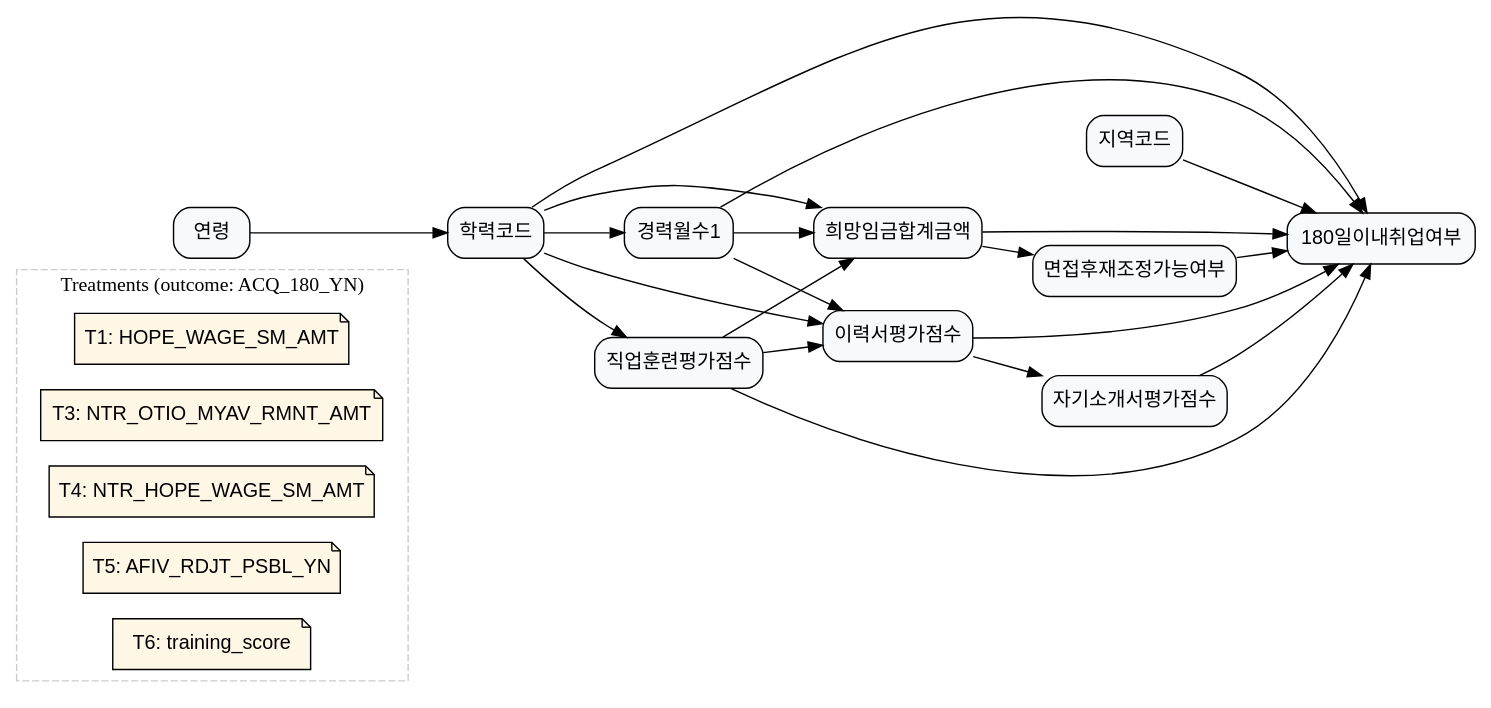
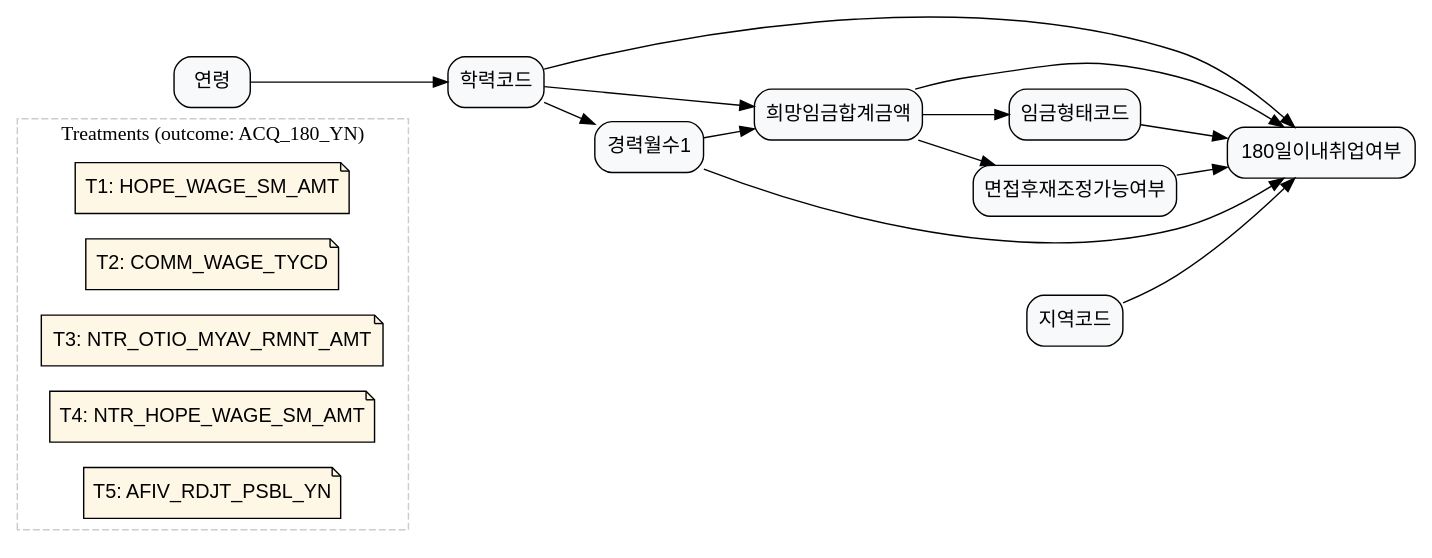
The diagram in laborlab_2/data/graph_data/graph_4.dot (KU-LIM-Lab/dowhy-deep), drawn with Graphviz before and after one commit.

Commit message:
graph 4 updated

```diff
--- a/laborlab_2/data/graph_data/graph_4.dot
+++ b/laborlab_2/data/graph_data/graph_4.dot
@@ -1,78 +1,69 @@
 digraph G {
 	graph [rankdir=LR];
 	node [fillcolor="#F8F9FB",
-	fontname=Helvetica,
-	shape=box,
-	style="rounded,filled"
+		fontname=Helvetica,
+		shape=box,
+		style="rounded,filled"
 	];
 	subgraph cluster_treatments {
-	graph [color="#CCCCCC",
-	label="Treatments (outcome: ACQ_180_YN)",
-	style=dashed
-	];
-	node [fillcolor="#FFF7E6",
-	fontname=Helvetica,
-	shape=note,
-	style="rounded,filled"
-	];
-	T1	[label="T1: HOPE_WAGE_SM_AMT",
-	role=treatment_meta,
-	treatment_def="희망임금 수준 차이의 효과",
-	treatment_name=HOPE_WAGE_SM_AMT,
-	treatment_question="희망임금이 높은 사람과 낮은 사람의 6개월 내 취업 확률 차이?",
-	treatment_var=HOPE_WAGE_SM_AMT];
-	T3	[label="T3: NTR_OTIO_MYAV_RMNT_AMT",
-	role=treatment_meta,
-	treatment_def="직종×지역 중앙입직임금 수준 차이의 효과",
-	treatment_name=NTR_OTIO_MYAV_RMNT_AMT,
-	treatment_question="중앙 입직임금이 높은 환경과 낮은 환경의 구직자 6개월 내 취업 확률 차이?",
-	treatment_var=NTR_OTIO_MYAV_RMNT_AMT];
-	T4	[label="T4: NTR_HOPE_WAGE_SM_AMT",
-	role=treatment_meta,
-	treatment_def="직종×지역 중앙희망임금 수준 차이의 효과",
-	treatment_name=NTR_HOPE_WAGE_SM_AMT,
-	treatment_question="주변 구직자들의 중앙 희망임금이 높은 환경과 낮은 환경에서의 6개월 내 취업 확률 차이?",
-	treatment_var=NTR_HOPE_WAGE_SM_AMT];
-	T5	[label="T5: AFIV_RDJT_PSBL_YN",
-	role=treatment_meta,
-	treatment_def="면접후재조정가능여부 차이의 효과",
-	treatment_name=AFIV_RDJT_PSBL_YN,
-	treatment_question="임금 재조정이 가능하다고 응답한 사람과 불가능하다고 응답한 사람의 6개월 내 취업 확률 차이?",
-	treatment_var=AFIV_RDJT_PSBL_YN];
-	T6	[label="T6: training_score",
-	role=treatment_meta,
-	treatment_def="직업훈련평가점수 수준 차이의 효과",
-	treatment_name=training_score,
-	treatment_question="직업훈련 평가 점수가 높은 사람과 낮은 사람의 6개월 내 취업 확률 차이?",
-	treatment_var=training_score];
-}
+		graph [color="#CCCCCC",
+			label="Treatments (outcome: ACQ_180_YN)",
+			style=dashed
+		];
+		node [fillcolor="#FFF7E6",
+			fontname=Helvetica,
+			shape=note,
+			style="rounded,filled"
+		];
+		T1	[label="T1: HOPE_WAGE_SM_AMT",
+			role=treatment_meta,
+			treatment_def="희망임금 수준 차이의 효과",
+			treatment_name=HOPE_WAGE_SM_AMT,
+			treatment_question="희망임금이 높은 사람과 낮은 사람의 6개월 내 취업 확률 차이?",
+			treatment_var=HOPE_WAGE_SM_AMT];
+		T2	[label="T2: COMM_WAGE_TYCD",
+			role=treatment_meta,
+			treatment_def="임금형태코드 차이의 효과",
+			treatment_name=COMM_WAGE_TYCD,
+			treatment_question="임금형태(월급/시급 등)가 다른 구직자 간 6개월 내 취업 확률 차이?",
+			treatment_var=COMM_WAGE_TYCD];
+		T3	[label="T3: NTR_OTIO_MYAV_RMNT_AMT",
+			role=treatment_meta,
+			treatment_def="직종×지역 중앙입직임금 수준 차이의 효과",
+			treatment_name=NTR_OTIO_MYAV_RMNT_AMT,
+			treatment_question="중앙 입직임금이 높은 환경과 낮은 환경의 구직자 6개월 내 취업 확률 차이?",
+			treatment_var=NTR_OTIO_MYAV_RMNT_AMT];
+		T4	[label="T4: NTR_HOPE_WAGE_SM_AMT",
+			role=treatment_meta,
+			treatment_def="직종×지역 중앙희망임금 수준 차이의 효과",
+			treatment_name=NTR_HOPE_WAGE_SM_AMT,
+			treatment_question="주변 구직자들의 중앙 희망임금이 높은 환경과 낮은 환경에서의 6개월 내 취업 확률 차이?",
+			treatment_var=NTR_HOPE_WAGE_SM_AMT];
+		T5	[label="T5: AFIV_RDJT_PSBL_YN",
+			role=treatment_meta,
+			treatment_def="면접후재조정가능여부 차이의 효과",
+			treatment_name=AFIV_RDJT_PSBL_YN,
+			treatment_question="임금 재조정이 가능하다고 응답한 사람과 불가능하다고 응답한 사람의 6개월 내 취업 확률 차이?",
+			treatment_var=AFIV_RDJT_PSBL_YN];
+	}
 	ACQ_180_YN	[label="180일이내취업여부"];
 	HOPE_WAGE_SM_AMT	[label=희망임금합계금액];
 	HOPE_WAGE_SM_AMT -> ACQ_180_YN;
+	COMM_WAGE_TYCD	[label=임금형태코드];
+	HOPE_WAGE_SM_AMT -> COMM_WAGE_TYCD;
 	AFIV_RDJT_PSBL_YN	[label=면접후재조정가능여부];
 	HOPE_WAGE_SM_AMT -> AFIV_RDJT_PSBL_YN;
+	COMM_WAGE_TYCD -> ACQ_180_YN;
 	AFIV_RDJT_PSBL_YN -> ACQ_180_YN;
 	AREA_CD	[label=지역코드];
 	AREA_CD -> ACQ_180_YN;
 	ACCR_CD	[label=학력코드];
 	ACCR_CD -> ACQ_180_YN;
 	ACCR_CD -> HOPE_WAGE_SM_AMT;
 	CARR_MYCT1	[label=경력월수1];
 	ACCR_CD -> CARR_MYCT1;
 	CARR_MYCT1 -> ACQ_180_YN;
 	CARR_MYCT1 -> HOPE_WAGE_SM_AMT;
 	AGE	[label=연령];
 	AGE -> ACCR_CD;
-	resume_score	[label=이력서평가점수];
-	ACCR_CD -> resume_score;
-	CARR_MYCT1 -> resume_score;
-	resume_score -> ACQ_180_YN;
-	cover_letter_score	[label=자기소개서평가점수];
-	resume_score -> cover_letter_score;
-	cover_letter_score -> ACQ_180_YN;
-	training_score	[label=직업훈련평가점수];
-	ACCR_CD -> training_score;
-	training_score -> ACQ_180_YN;
-	training_score -> HOPE_WAGE_SM_AMT;
-	training_score -> resume_score;
 }
```
